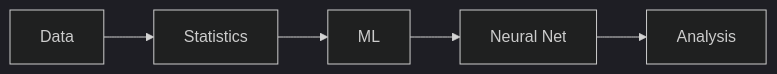
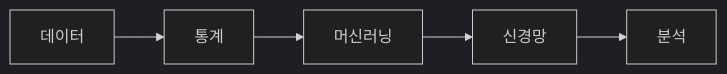
One commit to yeongseon-books/book-content changed the diagram in content/computer-science-major-101/ko/06-ai-and-data-science.md. Above: the diagram before and after it, drawn with Mermaid (dark theme). The commit also changed other lines of this file and 8 other files, not shown here.

````diff
--- a/content/computer-science-major-101/ko/06-ai-and-data-science.md
+++ b/content/computer-science-major-101/ko/06-ai-and-data-science.md
@@ -33,7 +55,7 @@
 ```mermaid
 flowchart LR
-    D[Data] --> S[Statistics]
-    S --> M[ML]
-    M --> N[Neural Net]
-    N --> A[Analysis]
+    D[데이터] --> S[통계]
+    S --> M[머신러닝]
+    M --> N[신경망]
+    N --> A[분석]
 ```
````
